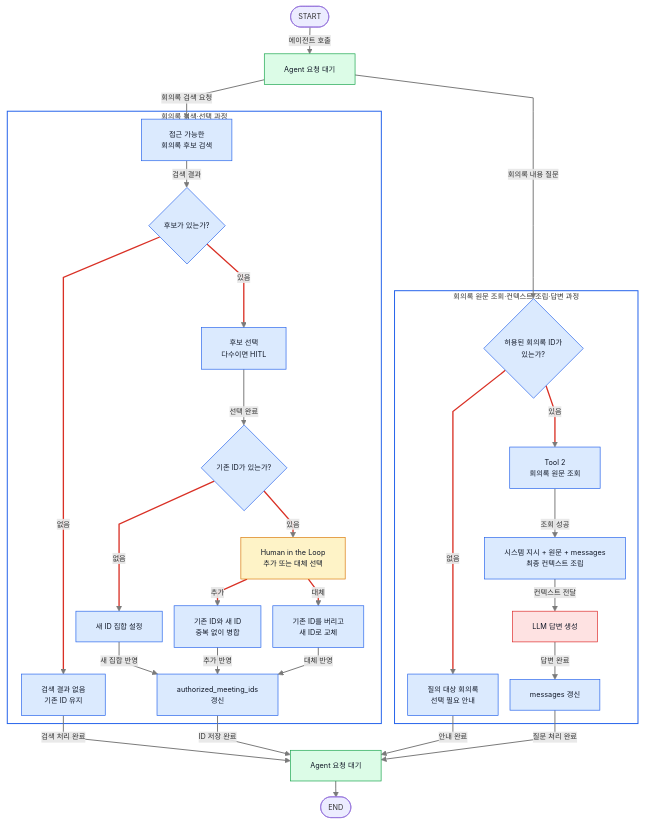
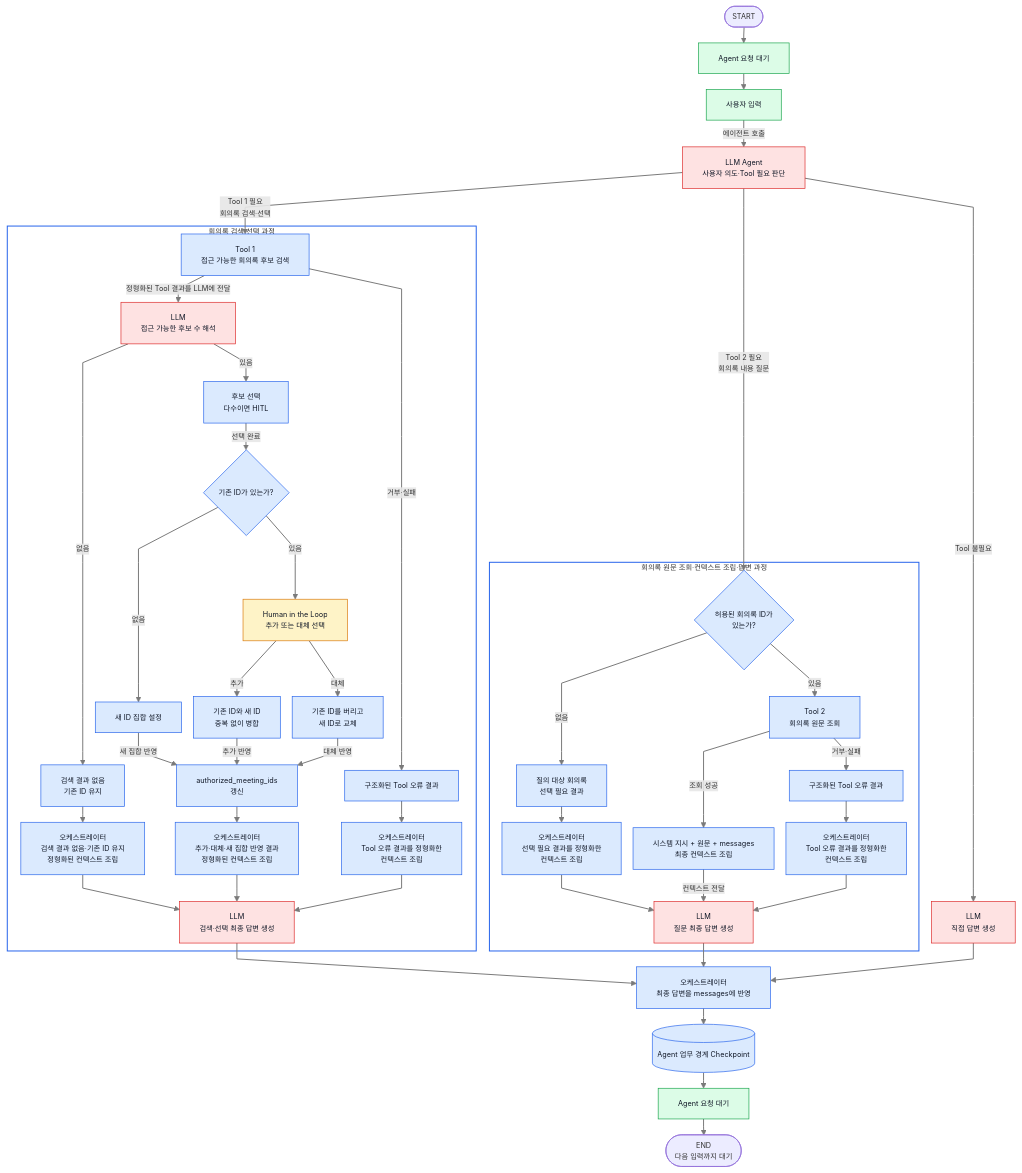
The sixth of 8 diagrams in ZENAI/에이전트 설계/회의록 에이전트 설계/1-2. 회의록 에이전트 워크플로우 Graph 상세.md (ericyum/Obsidian), drawn with Mermaid before and after one commit. The commit also changed other lines of this file and 4 other files, not shown here.

````diff
--- a/ZENAI/에이전트 설계/회의록 에이전트 설계/1-2. 회의록 에이전트 워크플로우 Graph 상세.md
+++ b/ZENAI/에이전트 설계/회의록 에이전트 설계/1-2. 회의록 에이전트 워크플로우 Graph 상세.md
@@ -347,50 +355,66 @@
 ```mermaid
 %%{init: {"flowchart": {"useMaxWidth": true, "nodeSpacing": 18, "rankSpacing": 24, "curve": "linear"}, "themeVariables": {"fontSize": "11px"}}}%%
 flowchart TB
-    S(["START"]) -->|"에이전트 호출"| N1["Agent 요청 대기"]
-    N1 -->|"회의록 검색 요청"| SE
-    N1 -->|"회의록 내용 질문"| QV
+    S(["START"]) --> W1["Agent 요청 대기"]
+    W1 --> U["사용자 입력"]
+    U -->|"에이전트 호출"| A["LLM Agent<br/>사용자 의도·Tool 필요 판단"]
+    A -->|"Tool 1 필요<br/>회의록 검색·선택"| SE
+    A -->|"Tool 2 필요<br/>회의록 내용 질문"| QV
+    A -->|"Tool 불필요"| DIRECT["LLM<br/>직접 답변 생성"]
 
     subgraph SEARCH["회의록 검색·선택 과정"]
-        SE["접근 가능한<br/>회의록 후보 검색"] -->|"검색 결과"| C{"후보가 있는가?"}
+        SE["Tool 1<br/>접근 가능한 회의록 후보 검색"] -->|"정형화된 Tool 결과를 LLM에 전달"| C["LLM<br/>접근 가능한 후보 수 해석"]
+        SE -->|"거부·실패"| SFAIL["구조화된 Tool 오류 결과"]
         C -->|"없음"| KEEP["검색 결과 없음<br/>기존 ID 유지"]
         C -->|"있음"| SEL["후보 선택<br/>다수이면 HITL"]
         SEL -->|"선택 완료"| X{"기존 ID가 있는가?"}
         X -->|"없음"| SET["새 ID 집합 설정"]
         X -->|"있음"| H["Human in the Loop<br/>추가 또는 대체 선택"]
         H -->|"추가"| ADD["기존 ID와 새 ID<br/>중복 없이 병합"]
         H -->|"대체"| REP["기존 ID를 버리고<br/>새 ID로 교체"]
         SET -->|"새 집합 반영"| SAVE["authorized_meeting_ids<br/>갱신"]
         ADD -->|"추가 반영"| SAVE
         REP -->|"대체 반영"| SAVE
+        KEEP --> SRCTX["오케스트레이터<br/>검색 결과 없음·기존 ID 유지<br/>정형화된 컨텍스트 조립"]
+        SAVE --> SRCTX2["오케스트레이터<br/>추가·대체·새 집합 반영 결과<br/>정형화된 컨텍스트 조립"]
+        SFAIL --> SFCTX["오케스트레이터<br/>Tool 오류 결과를 정형화한<br/>컨텍스트 조립"]
+        SRCTX --> SRLLM["LLM<br/>검색·선택 최종 답변 생성"]
+        SRCTX2 --> SRLLM
+        SFCTX --> SRLLM
     end
 
     subgraph QUESTION["회의록 원문 조회·컨텍스트 조립·답변 과정"]
         QV{"허용된 회의록 ID가<br/>있는가?"}
-        QV -->|"없음"| QERR["질의 대상 회의록<br/>선택 필요 안내"]
+        QV -->|"없음"| QERR["질의 대상 회의록<br/>선택 필요 결과"]
         QV -->|"있음"| DOC["Tool 2<br/>회의록 원문 조회"]
         DOC -->|"조회 성공"| CTX["시스템 지시 + 원문 + messages<br/>최종 컨텍스트 조립"]
-        CTX -->|"컨텍스트 전달"| LLM["LLM 답변 생성"]
-        LLM -->|"답변 완료"| MSG["messages 갱신"]
+        DOC -->|"거부·실패"| QFAIL["구조화된 Tool 오류 결과"]
+        QERR --> QCTX["오케스트레이터<br/>선택 필요 결과를 정형화한<br/>컨텍스트 조립"]
+        QFAIL --> QCTX2["오케스트레이터<br/>Tool 오류 결과를 정형화한<br/>컨텍스트 조립"]
+        CTX -->|"컨텍스트 전달"| QLLM["LLM<br/>질문 최종 답변 생성"]
+        QCTX --> QLLM
+        QCTX2 --> QLLM
     end
 
-    KEEP -->|"검색 처리 완료"| N2["Agent 요청 대기"]
-    SAVE -->|"ID 저장 완료"| N2
-    QERR -->|"안내 완료"| N2
-    MSG -->|"질문 처리 완료"| N2
-    N2 --> E(["END"])
+    DIRECT --> MSG["오케스트레이터<br/>최종 답변을 messages에 반영"]
+    SRLLM --> MSG
+    QLLM --> MSG
+    MSG --> CP[("Agent 업무 경계 Checkpoint")]
+    CP --> W2["Agent 요청 대기"]
+    W2 --> E(["END<br/>다음 입력까지 대기"])
 
     classDef state fill:#dbeafe,stroke:#2563eb,color:#111827;
     classDef idle fill:#dcfce7,stroke:#16a34a,color:#111827;
+    classDef user fill:#dcfce7,stroke:#16a34a,color:#111827;
     classDef hitl fill:#fef3c7,stroke:#d97706,color:#111827;
     classDef llm fill:#fee2e2,stroke:#dc2626,color:#111827;
     classDef internal fill:#dbeafe,stroke:#2563eb,color:#111827;
-    class N1,N2 idle;
+    class W1,W2 idle;
+    class U user;
     class H hitl;
-    class LLM llm;
-    class SE,C,KEEP,SEL,X,SET,ADD,REP,SAVE,QV,QERR,DOC,CTX,MSG internal;
+    class A,C,DIRECT,SRLLM,QLLM llm;
+    class SE,SFAIL,KEEP,SEL,X,SET,ADD,REP,SAVE,SRCTX,SRCTX2,SFCTX,QV,QERR,DOC,QFAIL,CTX,QCTX,QCTX2,MSG,CP internal;
     style SEARCH fill:transparent,stroke:#2563eb,stroke-width:1.5px;
     style QUESTION fill:transparent,stroke:#2563eb,stroke-width:1.5px;
     linkStyle default stroke:#7a7a7a,stroke-width:1.5px;
-    linkStyle 4,5,7,8,9,10,14,15 stroke:#d93025,stroke-width:2px;
 ```
````
